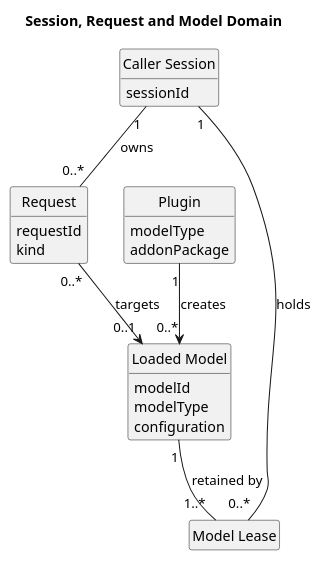
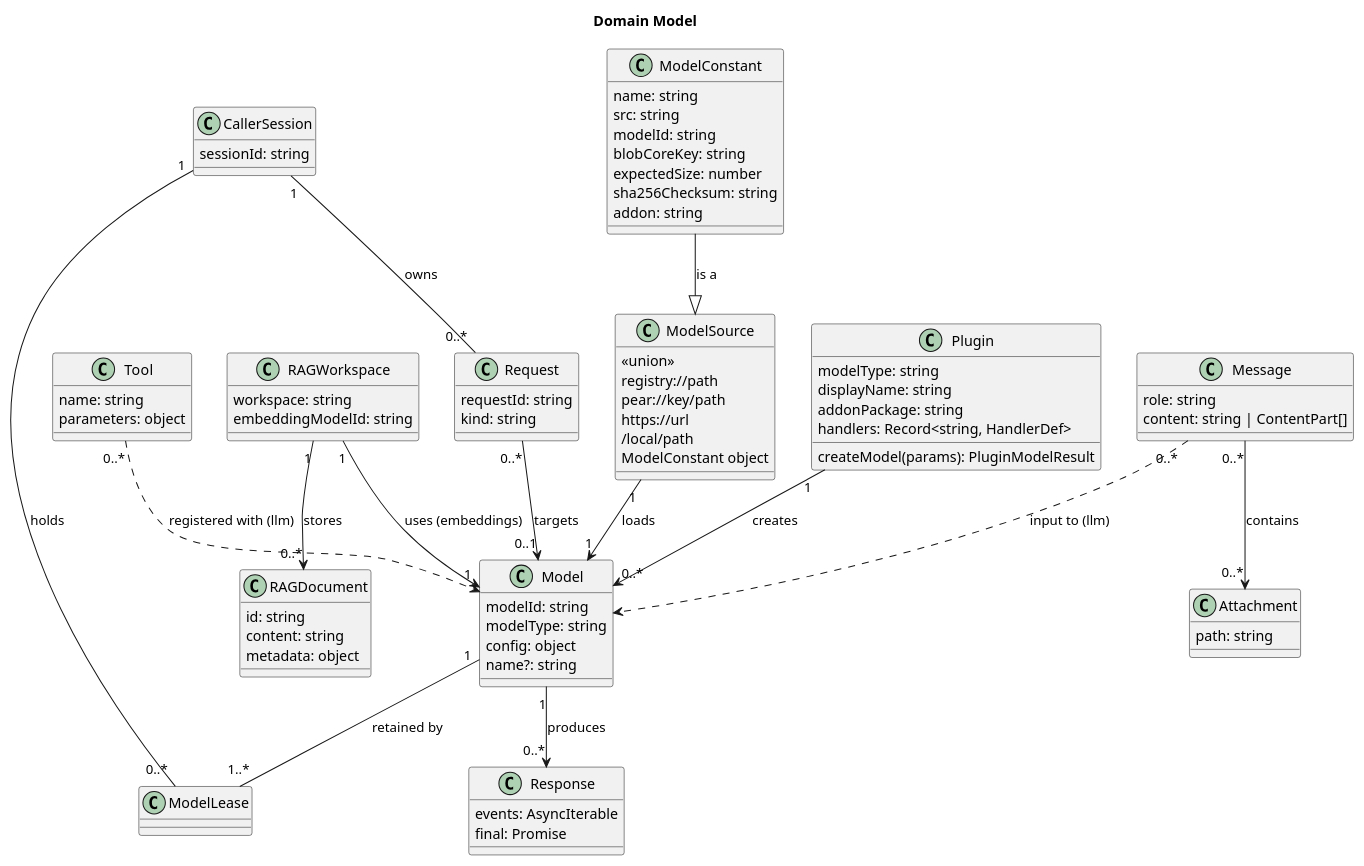
The diagram in docs/architecture/puml/06-domain-model.puml (tetherto/qvac), drawn with PlantUML before and after one commit. The commit also changed 16 other files, not shown here.

Commit message:
doc[notask]: limit SDK diagram updates to architecture changes

```diff
--- a/docs/architecture/puml/06-domain-model.puml
+++ b/docs/architecture/puml/06-domain-model.puml
@@ -1,32 +1,97 @@
 @startuml
-title Session, Request and Model Domain
-hide circle
-hide empty members
+title Domain Model
 
-class "Caller Session" as Session {
-    sessionId
+top to bottom direction
+
+class Plugin {
+    modelType: string
+    displayName: string
+    addonPackage: string
+    handlers: Record<string, HandlerDef>
+    createModel(params): PluginModelResult
+}
+
+class Model {
+    modelId: string
+    modelType: string
+    config: object
+    name?: string
+}
+
+class CallerSession {
+    sessionId: string
 }
 
 class Request {
-    requestId
-    kind
+    requestId: string
+    kind: string
 }
 
-class "Model Lease" as Lease
-class "Loaded Model" as Model {
-    modelId
-    modelType
-    configuration
+class ModelLease
+
+class ModelConstant {
+    name: string
+    src: string
+    modelId: string
+    blobCoreKey: string
+    expectedSize: number
+    sha256Checksum: string
+    addon: string
 }
 
-class Plugin {
-    modelType
-    addonPackage
+class ModelSource {
+    <<union>>
+    registry://path
+    pear://key/path
+    https://url
+    /local/path
+    ModelConstant object
 }
 
-Session "1" -- "0..*" Request : owns
-Session "1" -- "0..*" Lease : holds
-Model "1" -- "1..*" Lease : retained by
+class Message {
+    role: string
+    content: string | ContentPart[]
+}
+
+class Attachment {
+    path: string
+}
+
+class Tool {
+    name: string
+    parameters: object
+}
+
+class Response {
+    events: AsyncIterable
+    final: Promise
+}
+
+class RAGWorkspace {
+    workspace: string
+    embeddingModelId: string
+}
+
+class RAGDocument {
+    id: string
+    content: string
+    metadata: object
+}
+
+Plugin "1" --> "0..*" Model : creates
+CallerSession "1" -- "0..*" Request : owns
+CallerSession "1" -- "0..*" ModelLease : holds
+Model "1" -- "1..*" ModelLease : retained by
 Request "0..*" --> "0..1" Model : targets
-Plugin "1" --> "0..*" Model : creates
+ModelSource "1" --> "1" Model : loads
+ModelConstant --|> ModelSource : is a
+
+Message "0..*" --> "0..*" Attachment : contains
+Message "0..*" ..> Model : input to (llm)
+Tool "0..*" ..> Model : registered with (llm)
+Model "1" --> "0..*" Response : produces
+
+RAGWorkspace "1" --> "1" Model : uses (embeddings)
+RAGWorkspace "1" --> "0..*" RAGDocument : stores
+
 @enduml
```
